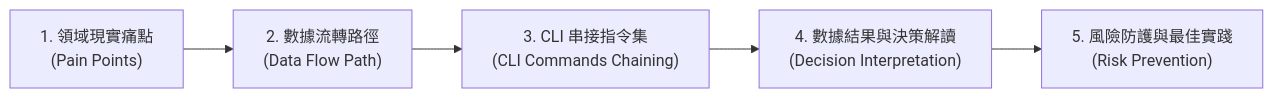
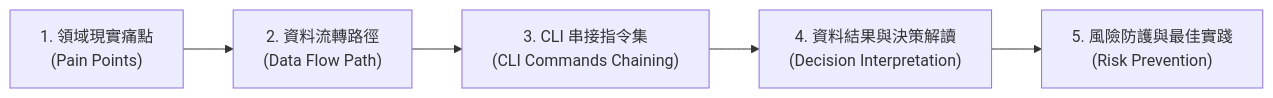
The diagram in book/04_stakeholder_playbooks.md (wuulong/tw-agro-db), drawn with Mermaid before and after one commit. The commit also changed other lines of this file and 34 other files, not shown here.

````diff
--- a/book/04_stakeholder_playbooks.md
+++ b/book/04_stakeholder_playbooks.md
@@ -14,10 +14,10 @@
 ```mermaid
 flowchart LR
     Step1["1. 領域現實痛點<br/>(Pain Points)"]
-    Step2["2. 數據流轉路徑<br/>(Data Flow Path)"]
+    Step2["2. 資料流轉路徑<br/>(Data Flow Path)"]
     Step3["3. CLI 串接指令集<br/>(CLI Commands Chaining)"]
-    Step4["4. 數據結果與決策解讀<br/>(Decision Interpretation)"]
+    Step4["4. 資料結果與決策解讀<br/>(Decision Interpretation)"]
     Step5["5. 風險防護與最佳實踐<br/>(Risk Prevention)"]
 
     Step1 --> Step2 --> Step3 --> Step4 --> Step5
 ```
````
